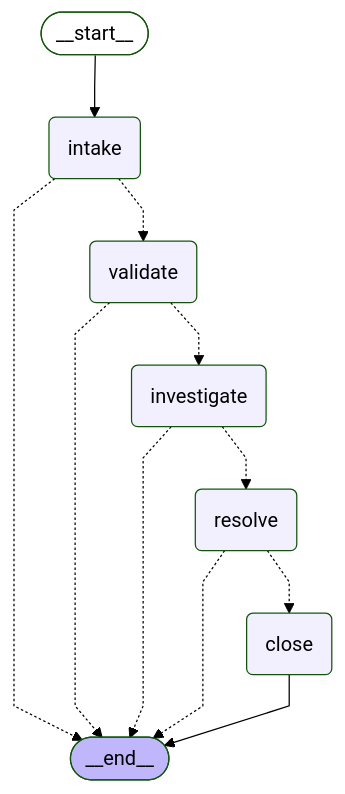
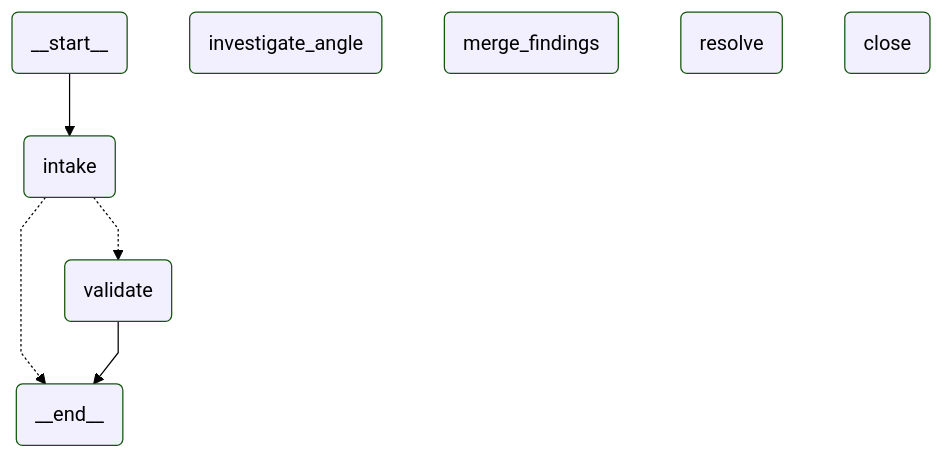
The diagram in workflow_graph.md (Lucas-Barrios/NormalObjects_Strict_Complaint_Processor_LangGraph), drawn with Mermaid (forest theme) before and after one commit. The commit also changed 1 other file, not shown here.

Commit message:
feat: Step 6 - parallel investigation via LangGraph Send API
Replaces the single investigate_node with a fan-out/fan-in pattern:
_route_after_validate returns list[Send] to dispatch one
investigate_angle_node per category angle simultaneously; all results
accumulate in partial_findings via Annotated[list, operator.add];
merge_findings_node synthesises them into a single report.

Adds _base() helper to strip the reducer field from regular node
returns, preventing operator.add from doubling partial_findings on
each subsequent step.

````diff
--- a/workflow_graph.md
+++ b/workflow_graph.md
@@ -3,29 +3,24 @@
 ```mermaid
 ---
 config:
   flowchart:
     curve: linear
 ---
 graph TD;
-	__start__([<p>__start__</p>]):::first
+	__start__(<p>__start__</p>)
 	intake(intake)
 	validate(validate)
-	investigate(investigate)
+	investigate_angle(investigate_angle)
+	merge_findings(merge_findings)
 	resolve(resolve)
 	close(close)
-	__end__([<p>__end__</p>]):::last
+	__end__(<p>__end__</p>)
 	__start__ --> intake;
 	intake -.-> __end__;
 	intake -.-> validate;
-	investigate -.-> __end__;
-	investigate -.-> resolve;
-	resolve -.-> __end__;
-	resolve -.-> close;
-	validate -.-> __end__;
-	validate -.-> investigate;
-	close --> __end__;
+	validate --> __end__;
 	classDef default fill:#f2f0ff,line-height:1.2
 	classDef first fill-opacity:0
 	classDef last fill:#bfb6fc
 
 ```
````
